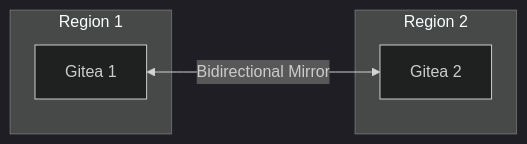
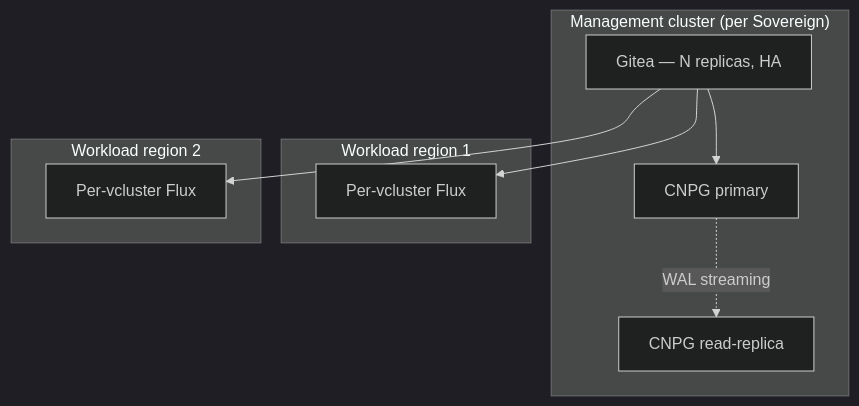
One commit to openova-io/openova changed the second of 2 diagrams in platform/gitea/README.md. Above: the diagram before and after it, drawn with Mermaid (dark theme). The commit also changed other lines of this file and 2 other files, not shown here.

First line of the commit message:
docs(pass-7): align Gitea + Flux multi-region story; fix broken mermaid id

````diff
--- a/platform/gitea/README.md
+++ b/platform/gitea/README.md
@@ -50,12 +54,21 @@
 ```mermaid
-flowchart LR
-    subgraph Region1["Region 1"]
-        G1[Gitea 1]
+flowchart TB
+    subgraph Mgt["Management cluster (per Sovereign)"]
+        G[Gitea — N replicas, HA]
+        PG[CNPG primary]
+        PGR[CNPG read-replica]
+        G --> PG
+        PG -.->|"WAL streaming"| PGR
     end
 
-    subgraph Region2["Region 2"]
-        G2[Gitea 2]
+    subgraph Region1["Workload region 1"]
+        F1[Per-vcluster Flux]
     end
 
-    G1 <-->|"Bidirectional Mirror"| G2
+    subgraph Region2["Workload region 2"]
+        F2[Per-vcluster Flux]
+    end
+
+    G --> F1
+    G --> F2
 ```
````
